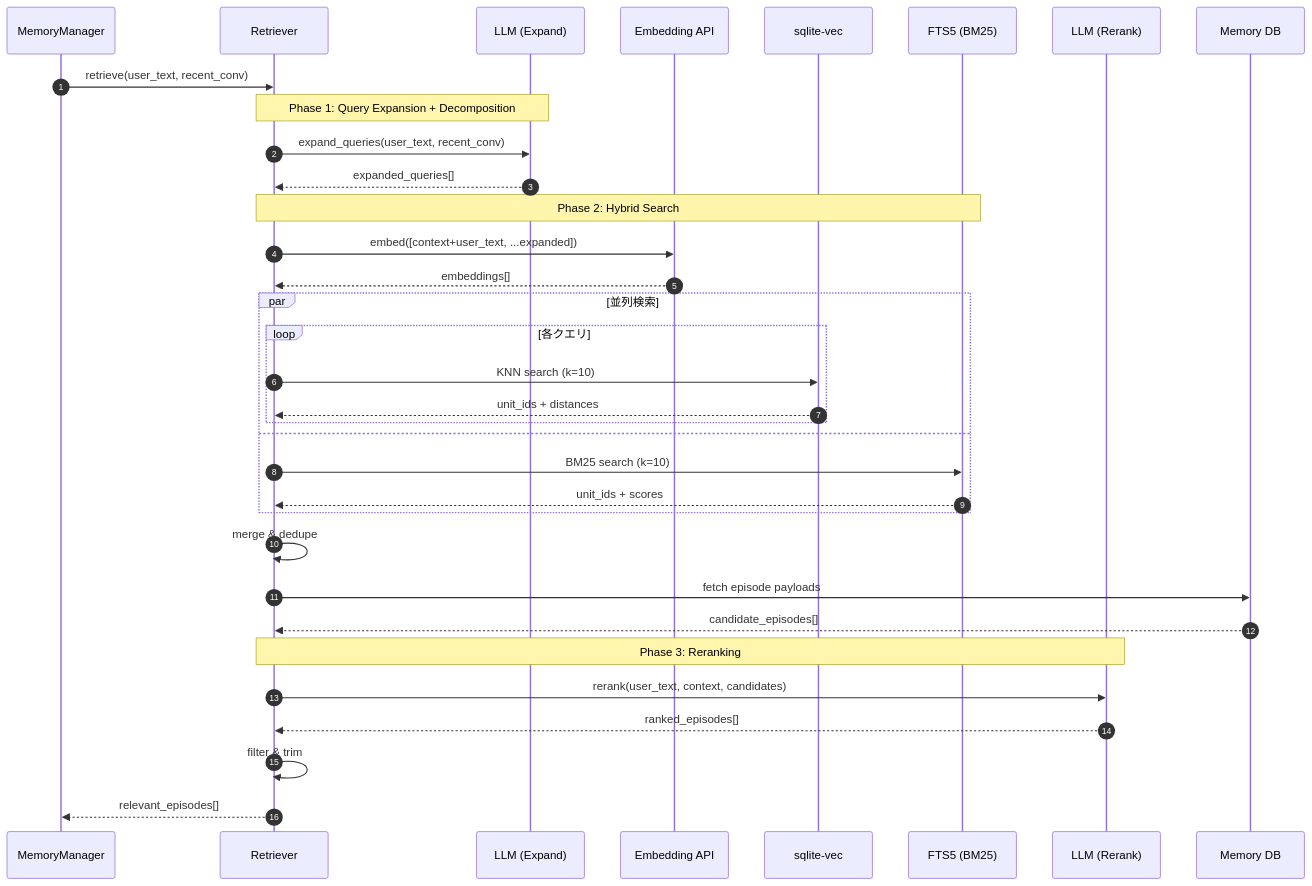
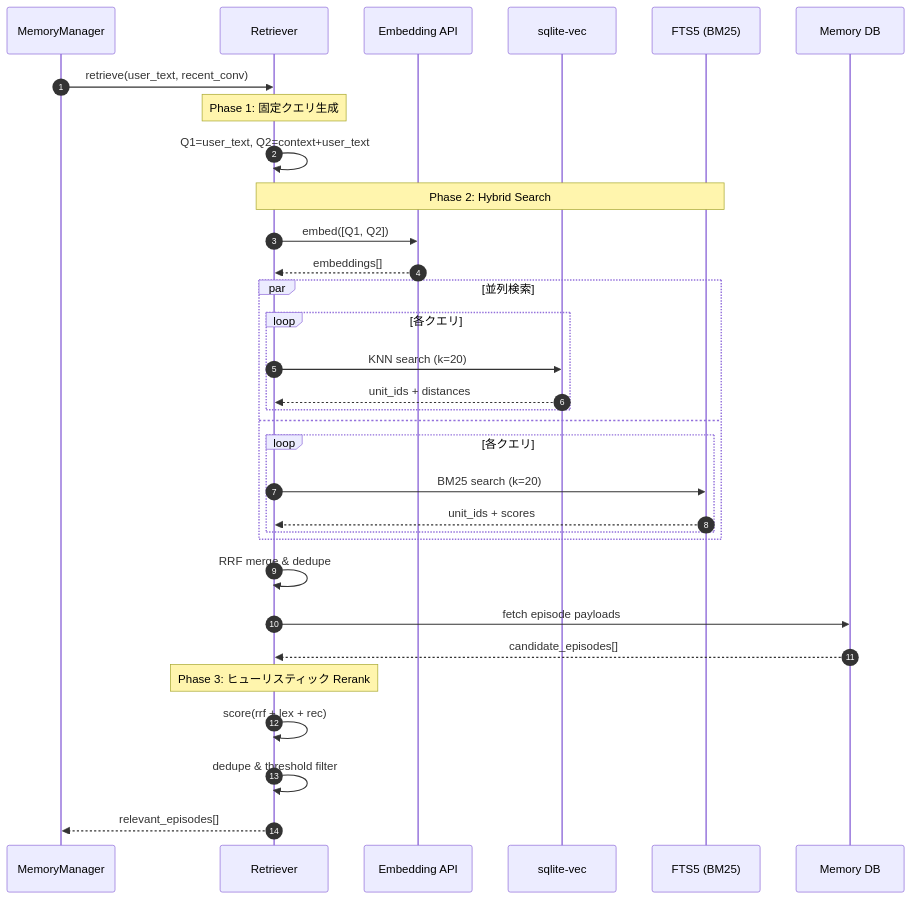
One commit to hirona98/cocoro_ghost changed the diagram in docs/retrieval.md. Above: the diagram before and after it, drawn with Mermaid. The commit also changed other lines of this file and 4 other files, not shown here.

````diff
--- a/docs/retrieval.md
+++ b/docs/retrieval.md
@@ -69,41 +50,39 @@
 ```mermaid
 sequenceDiagram
     autonumber
     participant MM as MemoryManager
     participant RET as Retriever
-    participant LLM1 as LLM (Expand)
     participant EMB as Embedding API
     participant VEC as sqlite-vec
     participant FTS as FTS5 (BM25)
-    participant LLM2 as LLM (Rerank)
     participant DB as Memory DB
 
     MM->>RET: retrieve(user_text, recent_conv)
 
-    Note over RET,LLM1: Phase 1: Query Expansion + Decomposition
-    RET->>LLM1: expand_queries(user_text, recent_conv)
-    LLM1-->>RET: expanded_queries[]
+    Note over RET: Phase 1: 固定クエリ生成
+    RET->>RET: Q1=user_text, Q2=context+user_text
 
     Note over RET,FTS: Phase 2: Hybrid Search
-    RET->>EMB: embed([context+user_text, ...expanded])
+    RET->>EMB: embed([Q1, Q2])
     EMB-->>RET: embeddings[]
     par 並列検索
         loop 各クエリ
-            RET->>VEC: KNN search (k=10)
+            RET->>VEC: KNN search (k=20)
             VEC-->>RET: unit_ids + distances
         end
     and
-        RET->>FTS: BM25 search (k=10)
-        FTS-->>RET: unit_ids + scores
+        loop 各クエリ
+            RET->>FTS: BM25 search (k=20)
+            FTS-->>RET: unit_ids + scores
+        end
     end
-    RET->>RET: merge & dedupe
+    RET->>RET: RRF merge & dedupe
     RET->>DB: fetch episode payloads
     DB-->>RET: candidate_episodes[]
 
-    Note over RET,LLM2: Phase 3: Reranking
-    RET->>LLM2: rerank(user_text, context, candidates)
-    LLM2-->>RET: ranked_episodes[]
-    RET->>RET: filter & trim
+    Note over RET: Phase 3: ヒューリスティック Rerank
+    RET->>RET: score(rrf + lex + rec)
+    RET->>RET: dedupe & threshold filter
 
     RET-->>MM: relevant_episodes[]
 ```
````
